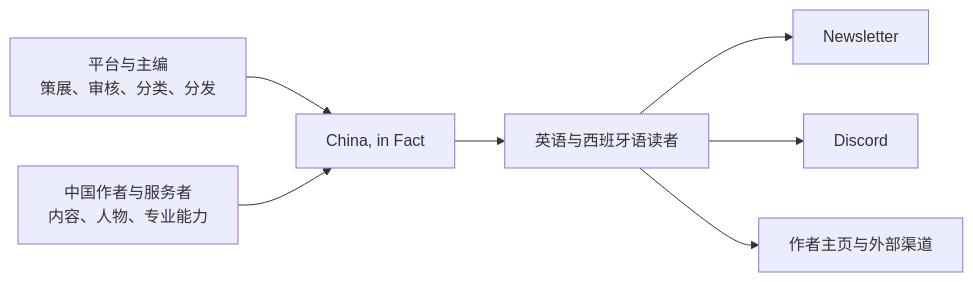
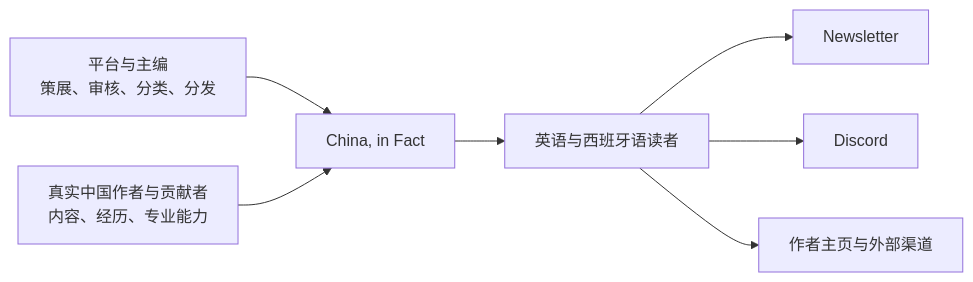
The diagram in README.md (lonelyreader/chinaknowledge), drawn with Mermaid before and after one commit. The commit also changed other lines of this file and 12 other files, not shown here.

````diff
--- a/README.md
+++ b/README.md
@@ -9,9 +9,9 @@
 ```mermaid
 flowchart LR
     E["平台与主编<br/>策展、审核、分类、分发"] --> H["China, in Fact"]
-    A["中国作者与服务者<br/>内容、人物、专业能力"] --> H
+    A["真实中国作者与贡献者<br/>内容、经历、专业能力"] --> H
     H --> R["英语与西班牙语读者"]
     R --> N["Newsletter"]
     R --> D["Discord"]
     R --> P["作者主页与外部渠道"]
 ```
````
